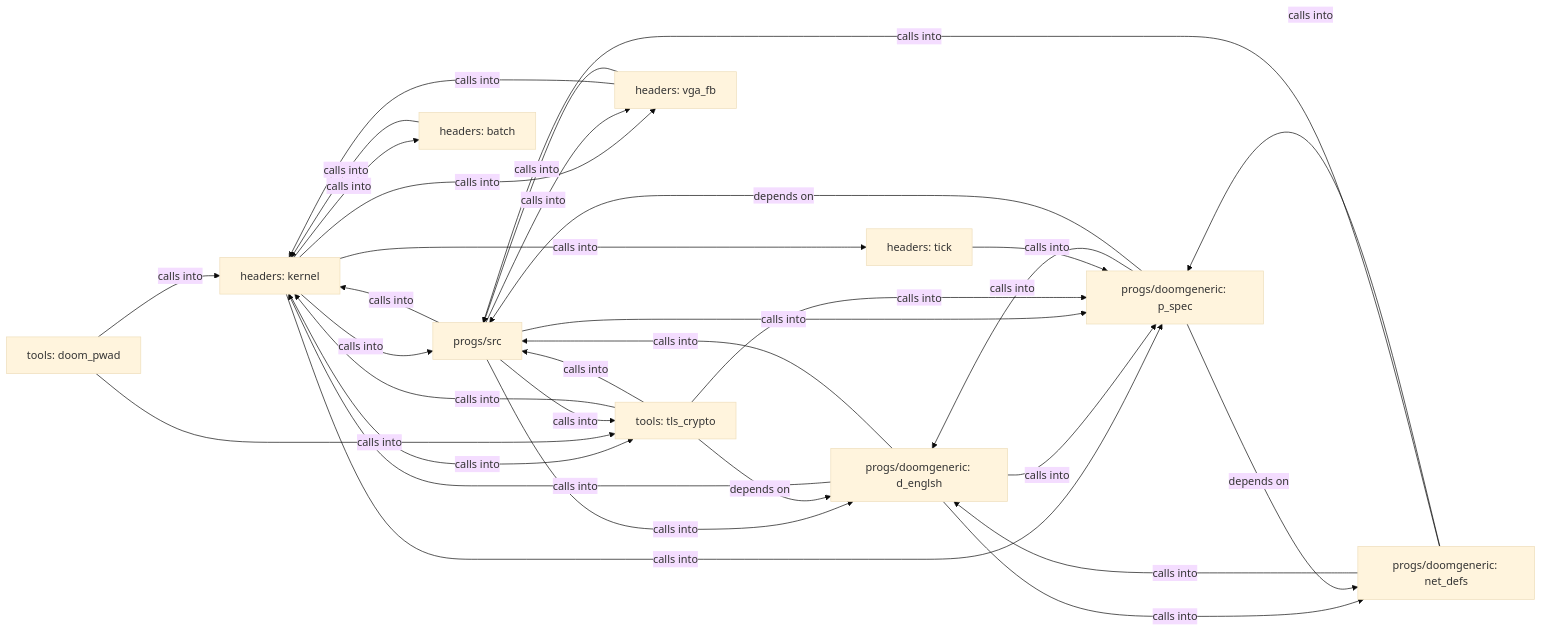
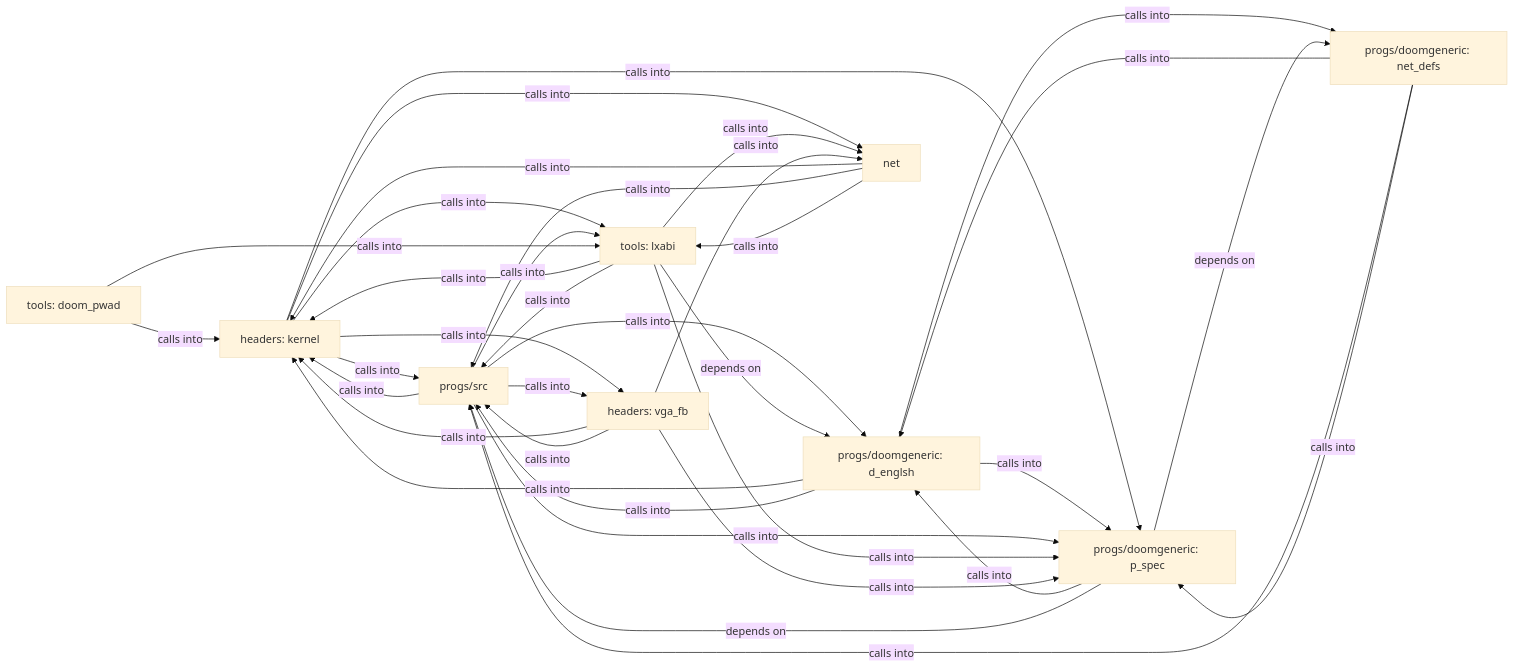
One commit to grisuno/miniOS changed the diagram in readmenator-diagrams/overview.md. Above: the diagram before and after it, drawn with Mermaid (base theme). The commit also changed other lines of this file and 184 other files, not shown here.

````diff
--- a/readmenator-diagrams/overview.md
+++ b/readmenator-diagrams/overview.md
@@ -1,48 +1,51 @@
 ```mermaid
 graph LR
     headers_kernel["headers: kernel"]
     progs_doomgeneric_d_englsh["progs/doomgeneric: d_englsh"]
     progs_src["progs/src"]
     progs_doomgeneric_p_spec["progs/doomgeneric: p_spec"]
-    tools_tls_crypto["tools: tls_crypto"]
+    tools_lxabi["tools: lxabi"]
     headers_vga_fb["headers: vga_fb"]
+    net["net"]
     progs_doomgeneric_net_defs["progs/doomgeneric: net_defs"]
-    headers_batch["headers: batch"]
-    headers_tick["headers: tick"]
     tools_doom_pwad["tools: doom_pwad"]
     headers_kernel -- "calls into" --> progs_src
     headers_kernel -- "calls into" --> progs_doomgeneric_p_spec
-    headers_kernel -- "calls into" --> tools_tls_crypto
+    headers_kernel -- "calls into" --> tools_lxabi
     headers_kernel -- "calls into" --> headers_vga_fb
-    headers_kernel -- "calls into" --> headers_batch
-    headers_kernel -- "calls into" --> headers_tick
-    tools_doom_pwad -- "calls into" --> headers_kernel
-    tools_doom_pwad -- "calls into" --> tools_tls_crypto
+    headers_kernel -- "calls into" --> net
     progs_doomgeneric_d_englsh -- "calls into" --> headers_kernel
     progs_doomgeneric_d_englsh -- "calls into" --> progs_src
     progs_doomgeneric_d_englsh -- "calls into" --> progs_doomgeneric_p_spec
     progs_doomgeneric_d_englsh -- "calls into" --> progs_doomgeneric_net_defs
     progs_src -- "calls into" --> headers_kernel
     progs_src -- "calls into" --> progs_doomgeneric_d_englsh
     progs_src -- "calls into" --> progs_doomgeneric_p_spec
-    progs_src -- "calls into" --> tools_tls_crypto
+    progs_src -- "calls into" --> tools_lxabi
     progs_src -- "calls into" --> headers_vga_fb
     progs_doomgeneric_p_spec -- "calls into" --> progs_doomgeneric_d_englsh
     progs_doomgeneric_p_spec -- "depends on" --> progs_src
     progs_doomgeneric_p_spec -- "depends on" --> progs_doomgeneric_net_defs
-    tools_tls_crypto -- "calls into" --> headers_kernel
-    tools_tls_crypto -- "depends on" --> progs_doomgeneric_d_englsh
-    tools_tls_crypto -- "calls into" --> progs_src
-    tools_tls_crypto -- "calls into" --> progs_doomgeneric_p_spec
+    tools_lxabi -- "calls into" --> headers_kernel
+    tools_lxabi -- "depends on" --> progs_doomgeneric_d_englsh
+    tools_lxabi -- "calls into" --> progs_src
+    tools_lxabi -- "calls into" --> progs_doomgeneric_p_spec
+    tools_lxabi -- "calls into" --> net
     headers_vga_fb -- "calls into" --> headers_kernel
     headers_vga_fb -- "calls into" --> progs_src
+    headers_vga_fb -- "calls into" --> progs_doomgeneric_p_spec
+    headers_vga_fb -- "calls into" --> net
+    net -- "calls into" --> headers_kernel
+    net -- "calls into" --> progs_src
+    net -- "calls into" --> tools_lxabi
     progs_doomgeneric_net_defs -- "calls into" --> progs_doomgeneric_d_englsh
     progs_doomgeneric_net_defs -- "calls into" --> progs_src
     progs_doomgeneric_net_defs -- "calls into" --> progs_doomgeneric_p_spec
-    headers_batch -- "calls into" --> headers_kernel
-    headers_tick -- "calls into" --> progs_doomgeneric_p_spec
+    tools_doom_pwad -- "calls into" --> headers_kernel
+    tools_doom_pwad -- "calls into" --> tools_lxabi
     click headers_kernel href "./headers_kernel.md" "Details"
     click progs_src href "./progs_src.md" "Details"
-    click tools_tls_crypto href "./tools_tls_crypto.md" "Details"
+    click tools_lxabi href "./tools_lxabi.md" "Details"
     click headers_vga_fb href "./headers_vga_fb.md" "Details"
+    click net href "./net.md" "Details"
 ```
````
